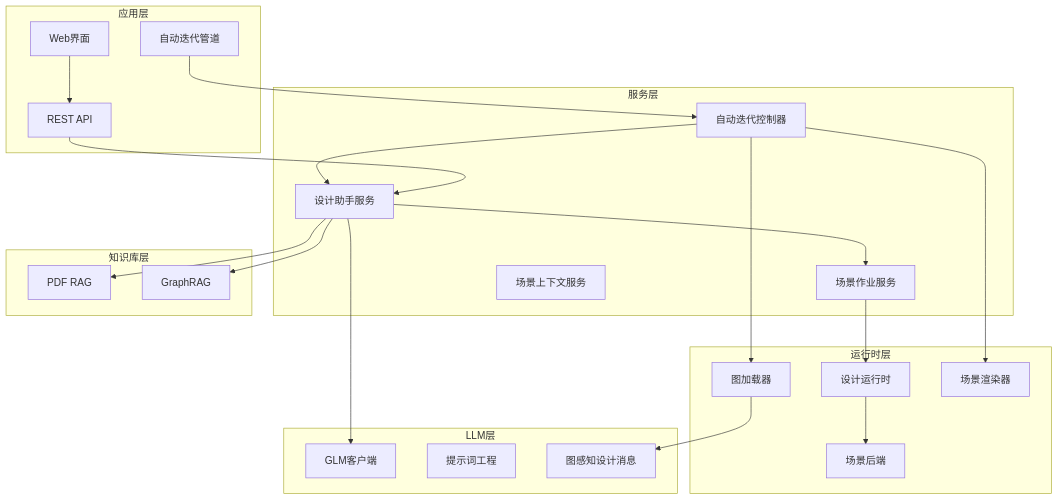
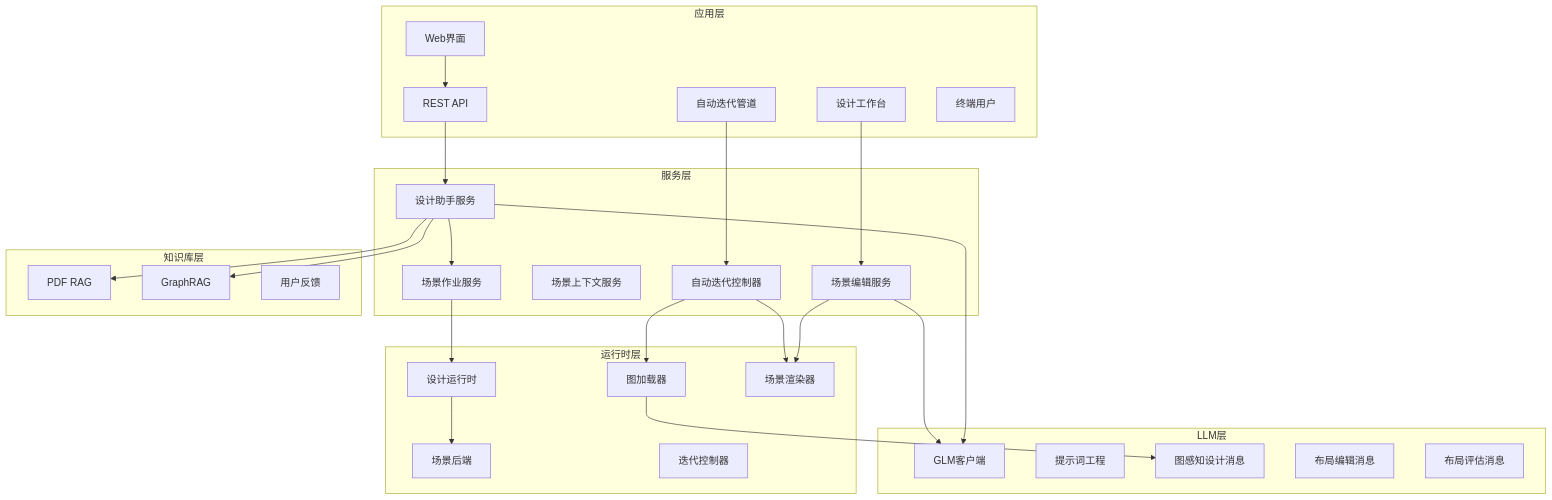
Before and after one commit to wsqstar/RoadGen3D: the first of 11 diagrams in .qoder/repowiki/zh/content/Web界面系统/LLM集成系统/LLM集成系统.md, drawn with Mermaid. The commit also changed other lines of this file and 5 other files, not shown here.

````diff
--- a/.qoder/repowiki/zh/content/Web界面系统/LLM集成系统/LLM集成系统.md
+++ b/.qoder/repowiki/zh/content/Web界面系统/LLM集成系统/LLM集成系统.md
@@ -61,42 +63,52 @@
 ```mermaid
 graph TB
 subgraph "应用层"
 UI[Web界面]
 API[REST API]
 AutoPipeline[自动迭代管道]
+Workbench[设计工作台]
+EndUser[终端用户]
 end
 subgraph "服务层"
 DAS[设计助手服务]
 SJS[场景作业服务]
 SCS[场景上下文服务]
 AIC[自动迭代控制器]
+SES[场景编辑服务]
 end
 subgraph "LLM层"
 GLM[GLM客户端]
 PROMPT[提示词工程]
 GAMSG[图感知设计消息]
+LEMSG[布局编辑消息]
+LEMMSG[布局评估消息]
 end
 subgraph "知识库层"
 PDFRAG[PDF RAG]
 GRAGRAG[GraphRAG]
+ENDUSER[用户输入]
 end
 subgraph "运行时层"
 DR[设计运行时]
 SB[场景后端]
 GL[图加载器]
 SR[场景渲染器]
+ITER[迭代控制器]
+ENDUSER[用户反馈]
 end
 UI --> API
 API --> DAS
 AutoPipeline --> AIC
-AIC --> DAS
+Workbench --> SES
 DAS --> GLM
 DAS --> PDFRAG
 DAS --> GRAGRAG
 DAS --> SJS
+SES --> GLM
+SES --> SR
 SJS --> DR
 DR --> SB
 GL --> GAMSG
 AIC --> GL
 AIC --> SR
 ```
````
